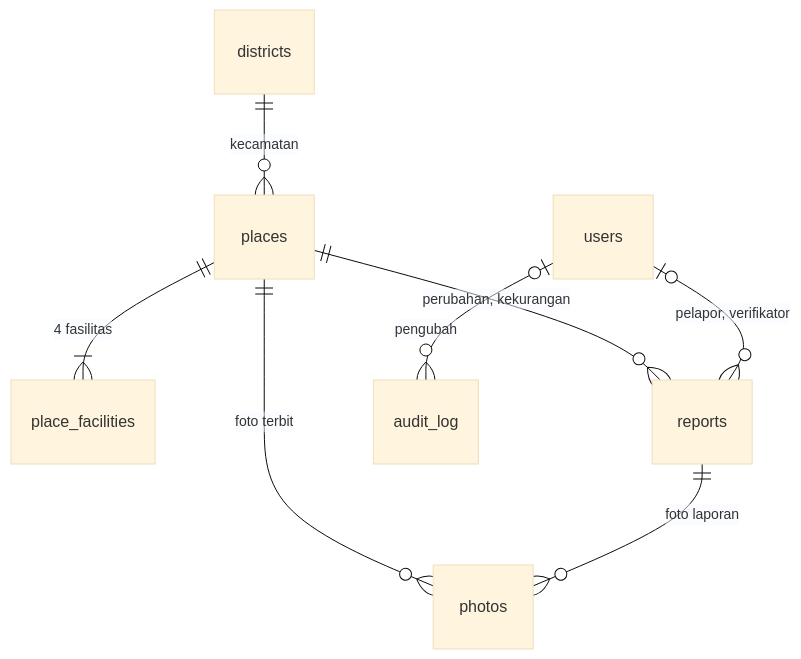
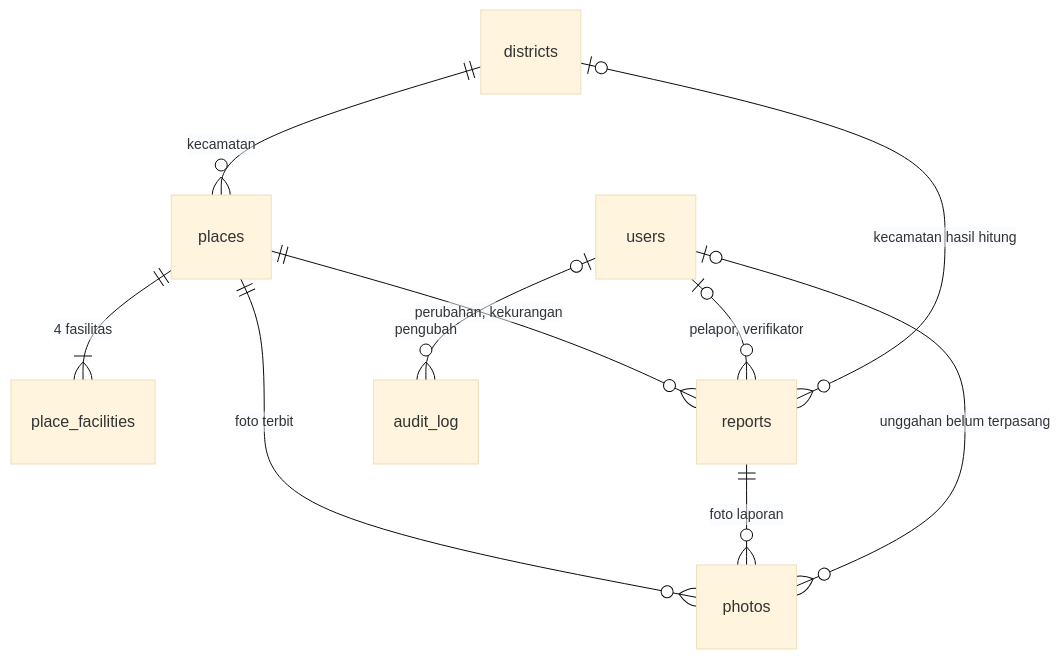
One commit to al-dioooo/akses-bogor-api changed the third of 3 diagrams in docs/arsitektur.md. Above: the diagram before and after it, drawn with Mermaid (base theme). The commit also changed other lines of this file and 7 other files, not shown here.

````diff
--- a/docs/arsitektur.md
+++ b/docs/arsitektur.md
@@ -39,10 +39,12 @@
 ```mermaid
 erDiagram
   districts ||--o{ places : "kecamatan"
   places ||--|{ place_facilities : "4 fasilitas"
   places ||--o{ reports : "perubahan, kekurangan"
   places ||--o{ photos : "foto terbit"
   reports ||--o{ photos : "foto laporan"
   users |o--o{ reports : "pelapor, verifikator"
+  users |o--o{ photos : "unggahan belum terpasang"
+  districts |o--o{ reports : "kecamatan hasil hitung"
   users |o--o{ audit_log : "pengubah"
 ```
````
